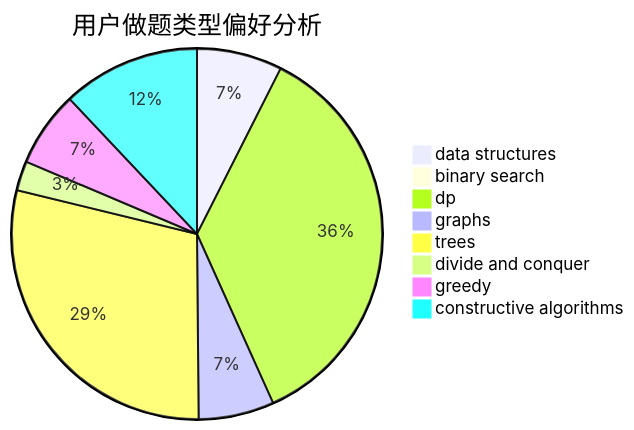
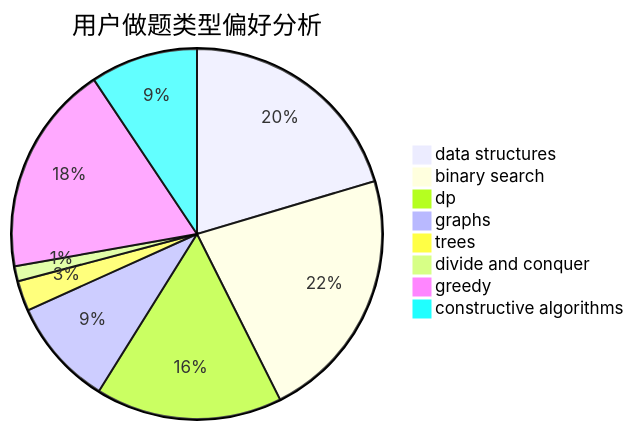
The second of 3 diagrams in docs/user/u782.md (sherpahu/cfrs.github.io), drawn with Mermaid before and after one commit. The commit also changed other lines of this file and 2770 other files, not shown here.

````diff
--- a/docs/user/u782.md
+++ b/docs/user/u782.md
@@ -23,11 +23,11 @@
 ```mermaid
 pie title 用户做题类型偏好分析
-    "data structures" :  26
-    "binary search" :  1
-    "dp" :  125
-    "graphs" :  23
-    "trees" :  101
-    "divide and conquer" :  9
-    "greedy" :  23
-    "constructive algorithms" :  42
+    "data structures" :  124
+    "binary search" :  135
+    "dp" :  99
+    "graphs" :  57
+    "trees" :  16
+    "divide and conquer" :  8
+    "greedy" :  112
+    "constructive algorithms" :  57
 ```
````
